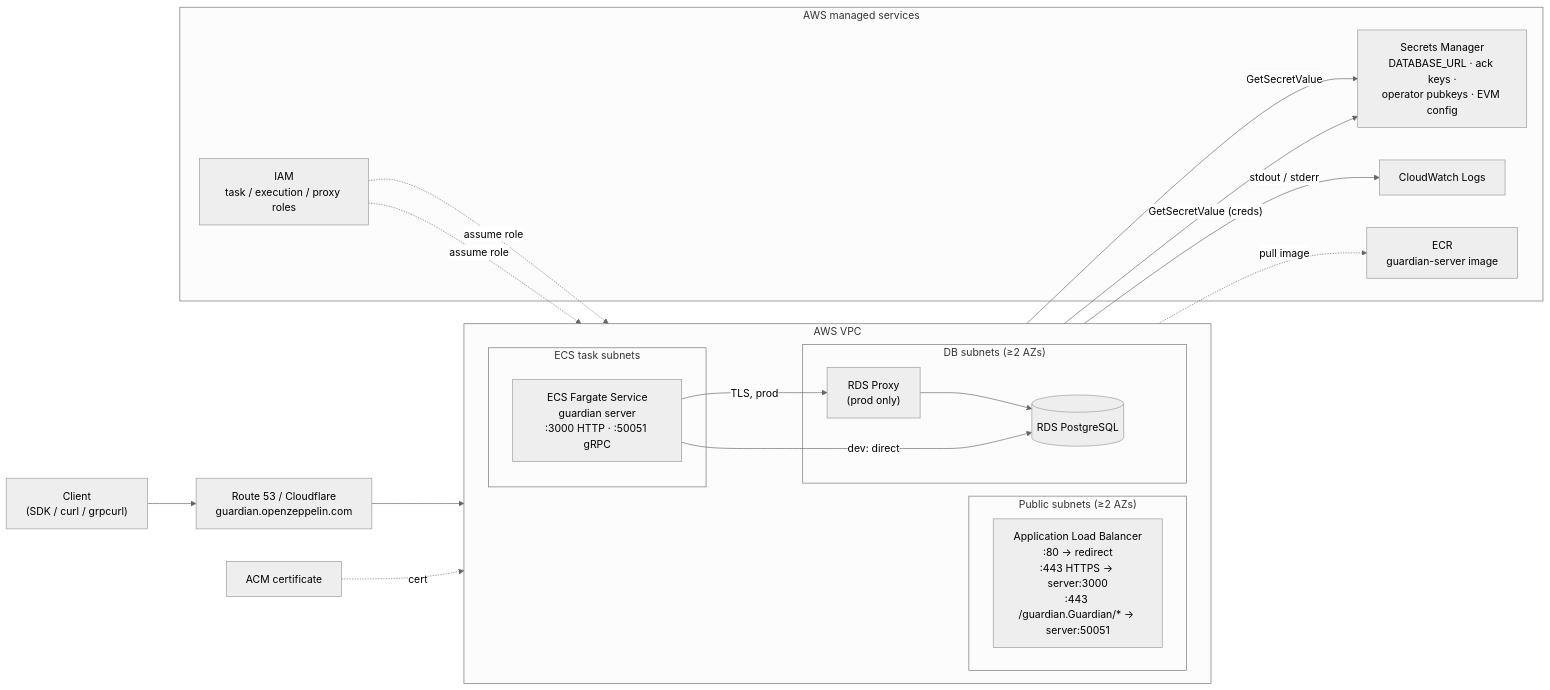
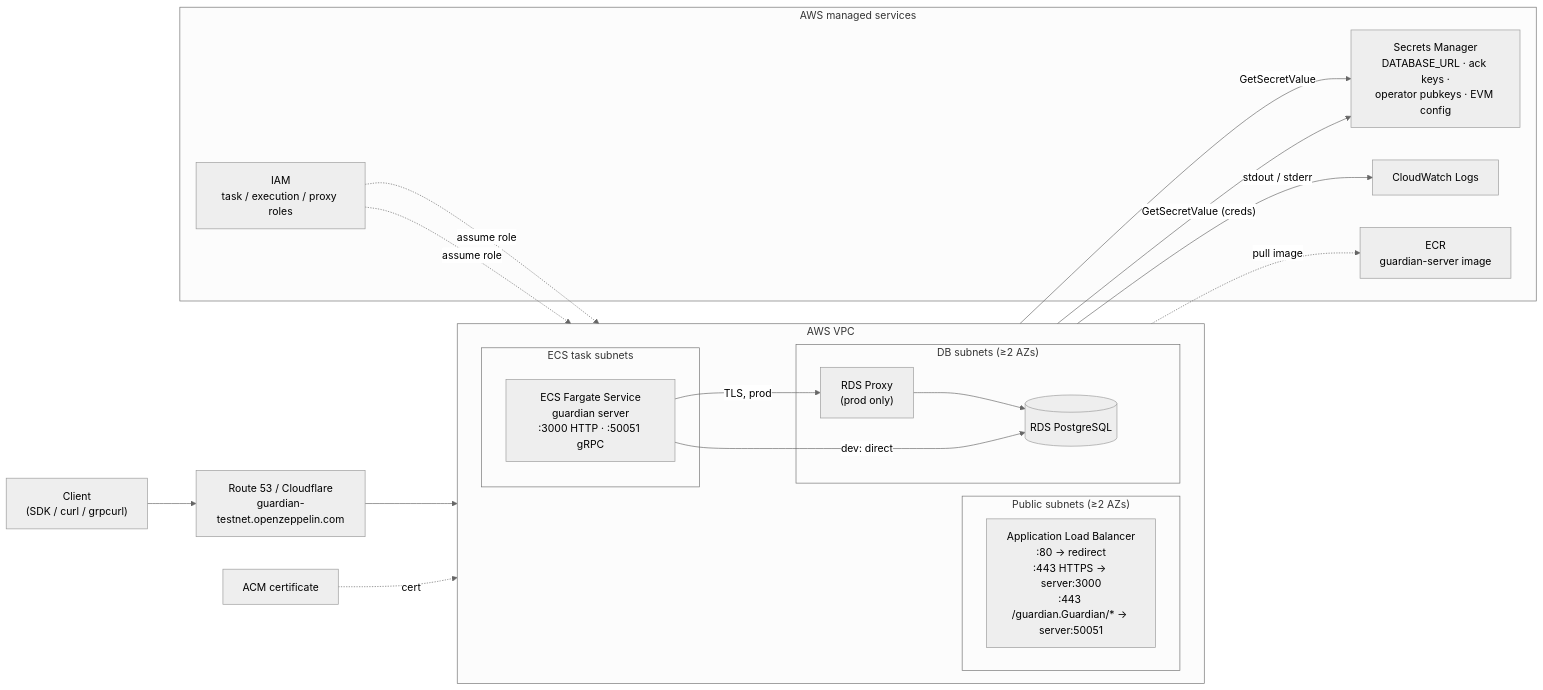
One commit to OpenZeppelin/guardian changed the first of 4 diagrams in docs/architecture/infra.md. Above: the diagram before and after it, drawn with Mermaid (neutral theme). The commit also changed other lines of this file and 16 other files, not shown here.

````diff
--- a/docs/architecture/infra.md
+++ b/docs/architecture/infra.md
@@ -26,43 +26,43 @@
 ```mermaid
 flowchart LR
   Client["Client<br/>(SDK / curl / grpcurl)"]
-  DNS["Route 53 / Cloudflare<br/>guardian.openzeppelin.com"]
+  DNS["Route 53 / Cloudflare<br/>guardian-testnet.openzeppelin.com"]
   ACM["ACM certificate"]
 
   subgraph VPC["AWS VPC"]
     direction LR
 
     subgraph PublicSubnets["Public subnets (≥2 AZs)"]
       ALB["Application Load Balancer<br/>:80 → redirect<br/>:443 HTTPS → server:3000<br/>:443 /guardian.Guardian/* → server:50051"]
     end
 
     subgraph TaskSubnets["ECS task subnets"]
       Fargate["ECS Fargate Service<br/>guardian server<br/>:3000 HTTP · :50051 gRPC"]
     end
 
     subgraph DataSubnets["DB subnets (≥2 AZs)"]
       Proxy["RDS Proxy<br/>(prod only)"]
       RDS[("RDS PostgreSQL")]
     end
 
     Fargate -- "TLS, prod" --> Proxy
     Proxy --> RDS
     Fargate -- "dev: direct" --> RDS
   end
 
   subgraph AWSServices["AWS managed services"]
     SM["Secrets Manager<br/>DATABASE_URL · ack keys ·<br/>operator pubkeys · EVM config"]
     CW["CloudWatch Logs"]
     ECR["ECR<br/>guardian-server image"]
     IAM["IAM<br/>task / execution / proxy roles"]
   end
 
   Client --> DNS --> ALB
   ACM -. cert .-> ALB
   Fargate -. pull image .-> ECR
   Fargate -- "stdout / stderr" --> CW
   Fargate -- "GetSecretValue" --> SM
   Proxy -- "GetSecretValue (creds)" --> SM
   IAM -. assume role .-> Fargate
   IAM -. assume role .-> Proxy
 ```
````
